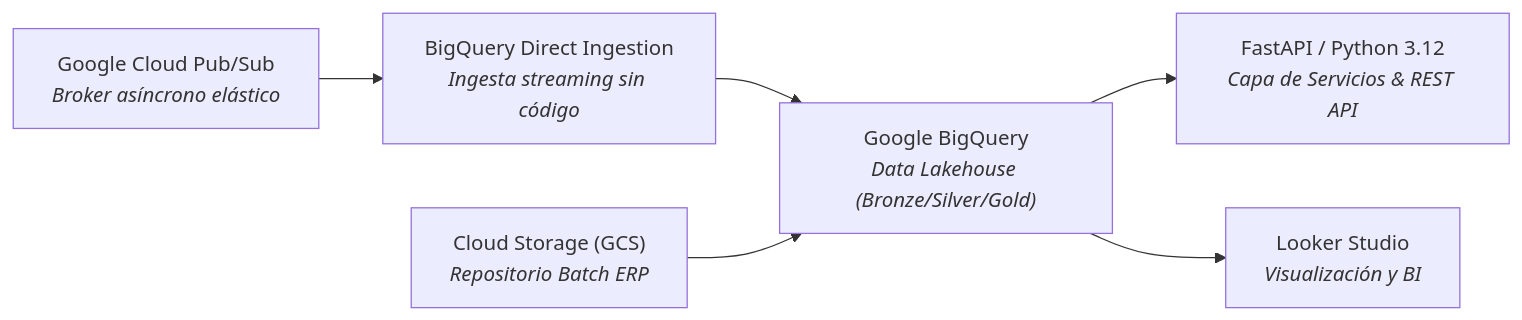
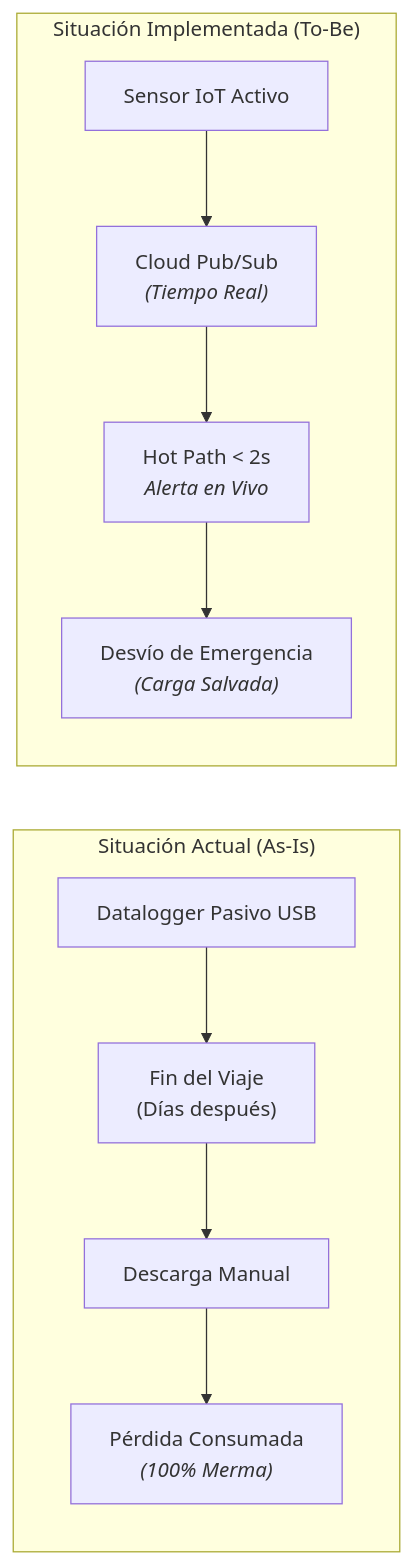
One commit to gsoto1872-blip/iot-coldchain changed the first of 5 diagrams in informe/SLIDES_SUSTENTACION.md. Above: the diagram before and after it, drawn with Mermaid. The commit also changed other lines of this file and 1 other file, not shown here.

````diff
--- a/informe/SLIDES_SUSTENTACION.md
+++ b/informe/SLIDES_SUSTENTACION.md
@@ -69,8 +54,14 @@
 ```mermaid
 flowchart LR
-    A["Google Cloud Pub/Sub<br/><i>Broker asíncrono elástico</i>"] --> B["BigQuery Direct Ingestion<br/><i>Ingesta streaming sin código</i>"]
-    B --> C["Google BigQuery<br/><i>Data Lakehouse (Bronze/Silver/Gold)</i>"]
-    C --> D["FastAPI / Python 3.12<br/><i>Capa de Servicios & REST API</i>"]
-    C --> E["Looker Studio<br/><i>Visualización y BI</i>"]
-    F["Cloud Storage (GCS)<br/><i>Repositorio Batch ERP</i>"] --> C
+    subgraph AsIs["Situación Actual (As-Is)"]
+        D1["Datalogger Pasivo USB"] --> D2["Fin del Viaje<br/>(Días después)"]
+        D2 --> D3["Descarga Manual"]
+        D3 --> D4["Pérdida Consumada<br/><i>(100% Merma)</i>"]
+    end
+
+    subgraph ToBe["Situación Implementada (To-Be)"]
+        T1["Sensor IoT Activo"] --> T2["Cloud Pub/Sub<br/><i>(Tiempo Real)</i>"]
+        T2 --> T3["Hot Path &lt; 2s<br/><i>Alerta en Vivo</i>"]
+        T3 --> T4["Desvío de Emergencia<br/><i>(Carga Salvada)</i>"]
+    end
 ```
````
